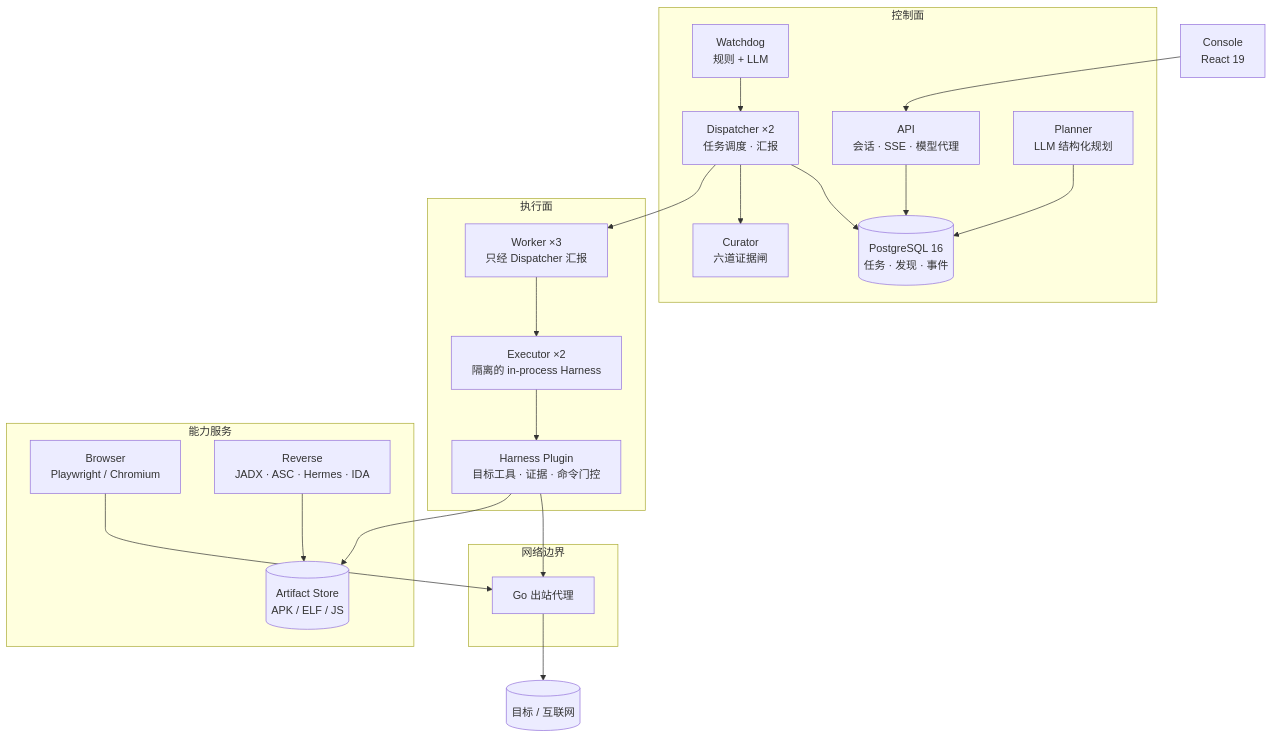
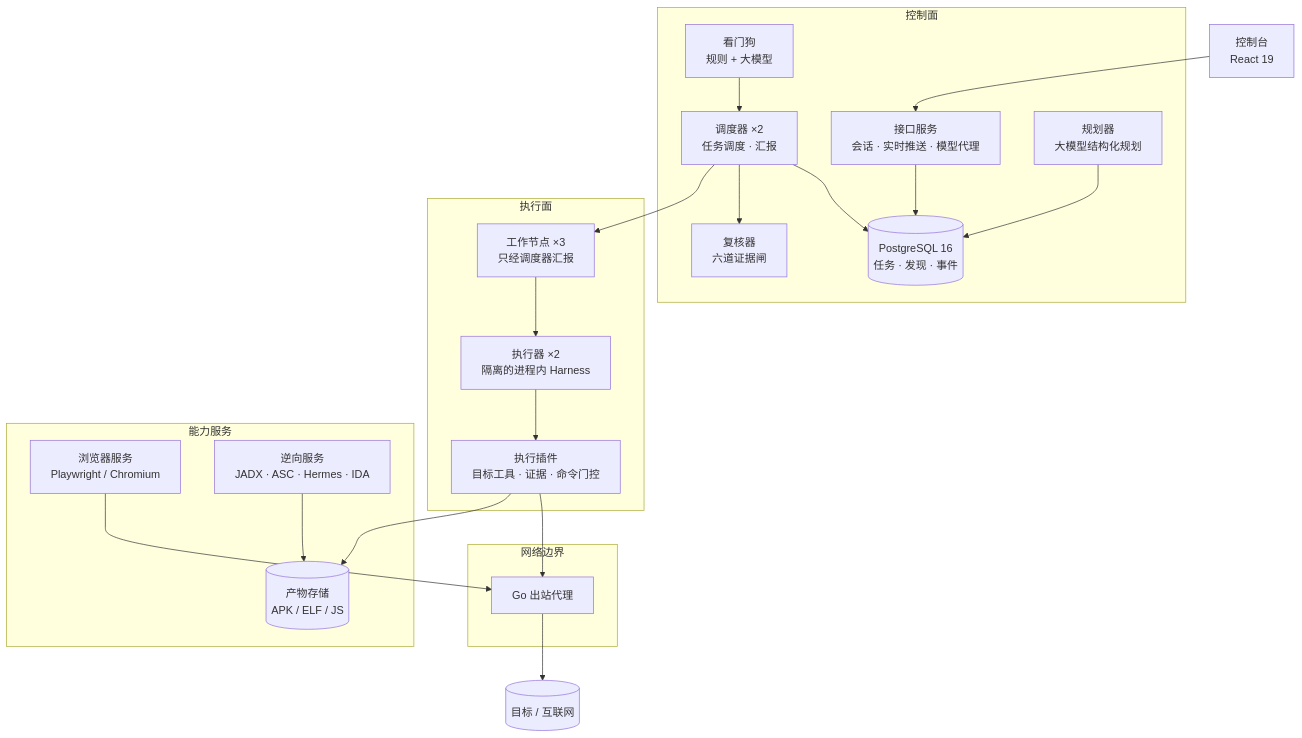
One commit to zhaji2333/Flotilla changed the diagram in README.md. Above: the diagram before and after it, drawn with Mermaid. The commit also changed other lines of this file, not shown here.

````diff
--- a/README.md
+++ b/README.md
@@ -65,44 +66,44 @@
 ```mermaid
 flowchart TB
-  SPA["Console<br/>React 19"]
+  SPA["控制台<br/>React 19"]
 
   subgraph CP["控制面"]
-    API["API<br/>会话 · SSE · 模型代理"]
+    API["接口服务<br/>会话 · 实时推送 · 模型代理"]
     DB[("PostgreSQL 16<br/>任务 · 发现 · 事件")]
-    DISP["Dispatcher ×2<br/>任务调度 · 汇报"]
-    PLAN["Planner<br/>LLM 结构化规划"]
-    CU["Curator<br/>六道证据闸"]
-    WD["Watchdog<br/>规则 + LLM"]
+    DISP["调度器 ×2<br/>任务调度 · 汇报"]
+    PLAN["规划器<br/>大模型结构化规划"]
+    CU["复核器<br/>六道证据闸"]
+    WD["看门狗<br/>规则 + 大模型"]
   end
 
   subgraph EX["执行面"]
-    W["Worker ×3<br/>只经 Dispatcher 汇报"]
-    E["Executor ×2<br/>隔离的 in-process Harness"]
-    HP["Harness Plugin<br/>目标工具 · 证据 · 命令门控"]
+    W["工作节点 ×3<br/>只经调度器汇报"]
+    E["执行器 ×2<br/>隔离的进程内 Harness"]
+    HP["执行插件<br/>目标工具 · 证据 · 命令门控"]
   end
 
   subgraph CAP["能力服务"]
-    BR["Browser<br/>Playwright / Chromium"]
-    RV["Reverse<br/>JADX · ASC · Hermes · IDA"]
-    ART[("Artifact Store<br/>APK / ELF / JS")]
+    BR["浏览器服务<br/>Playwright / Chromium"]
+    RV["逆向服务<br/>JADX · ASC · Hermes · IDA"]
+    ART[("产物存储<br/>APK / ELF / JS")]
   end
 
   subgraph NET["网络边界"]
     PX["Go 出站代理"]
   end
 
   SPA --> API
   API --> DB
   DISP --> DB
   DISP --> CU
   PLAN --> DB
   DISP --> W
   W --> E
   E --> HP
   HP --> PX
   BR --> PX
   RV --> ART
   HP --> ART
   PX --> T[("目标 / 互联网")]
   WD --> DISP
 ```
````
